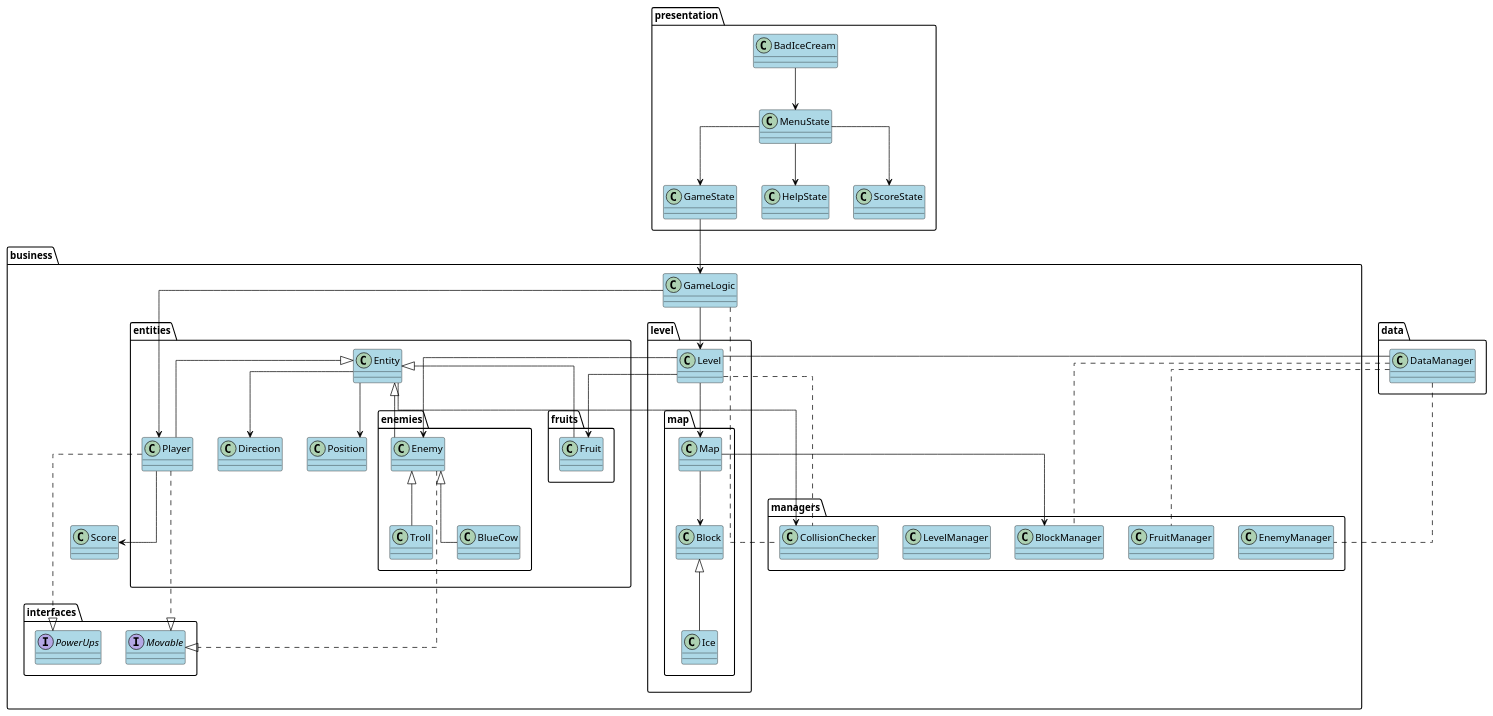
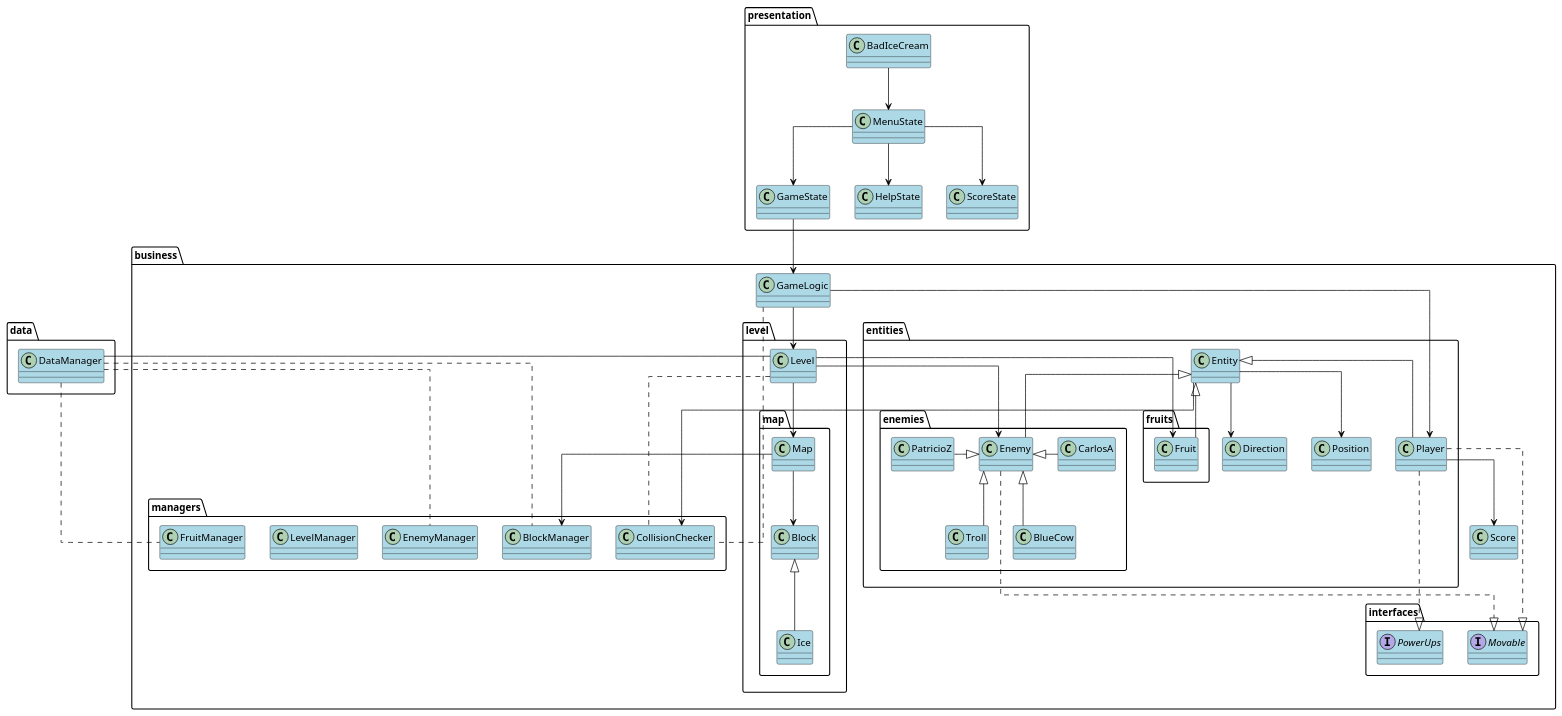
The diagram in docs/DiagramaSimplificado.puml (ViKunn/ProyectoFinalProgramacion), drawn with PlantUML before and after one commit. The commit also changed 2 other files, not shown here.

Commit message:
actualización de diagramas

```diff
--- a/docs/DiagramaSimplificado.puml
+++ b/docs/DiagramaSimplificado.puml
@@ -1,132 +1,139 @@
 @startuml
 'https://plantuml.com/class-diagram
 
 skinparam Linetype ortho
 skinparam class {
 BackgroundColor LightBlue
 ArrowColor Black
 BorderColor Black
 }
 
 
 package presentation{
 
     class BadIceCream
     class MenuState
     class GameState
     class HelpState
     class ScoreState
 
 }
 
 package business{
 
     class GameLogic
 
     package level{
 
         class Level
 
         package map{
             class Map
             class Block
             class Ice
         }
     }
 
     package entities{
 
         class Entity
         class Player
 
         class Direction
         class Position
 
         package enemies{
 
             class Enemy
             class Troll
             class BlueCow
+            class CarlosA
+            class PatricioZ
 
         }
 
         package fruits{
             class Fruit
         }
 
     }
 
     class Score
 
+skinparam managers{
+    top to bottom direction
+}
 
     package managers{
 
         class BlockManager
         class FruitManager
         class EnemyManager
         class LevelManager
         class CollisionChecker
 
     }
 
     package interfaces{
         interface Movable
         interface PowerUps
     }
 
 }
 
 package data{
     class DataManager
 }
 
 
 
 BadIceCream --> MenuState
 
 MenuState --> GameState
 MenuState --> ScoreState
 MenuState --> HelpState
 
 GameState --> GameLogic
 
 GameLogic --> Level
 GameLogic --> Player
 
 Player --> Score
 
 Level --> Enemy
 Level --> Map
 Level --> Fruit
 
 Map --> BlockManager
 Map --> Block
 
 Entity --> Position
 Entity --> Direction
 Entity --> CollisionChecker
 
 Entity <|-- Player
 Entity <|-- Enemy
 Entity <|-- Fruit
 
 Enemy <|-- Troll
 Enemy <|-- BlueCow
+Enemy <|- CarlosA
+Enemy <|-l- PatricioZ
 Block <|-- Ice
 
 
 Level --- DataManager
 
 Player ...|> Movable
 Player ...|> PowerUps
 
 Enemy ...|> Movable
 
+DataManager ... EnemyManager
 DataManager ... BlockManager
-DataManager ... EnemyManager
 DataManager ... FruitManager
 
 GameLogic ... CollisionChecker
 Level ... CollisionChecker
 
 @enduml
```
